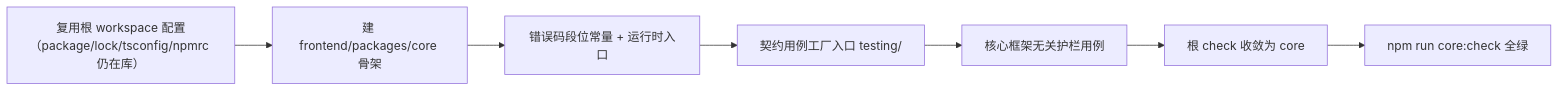
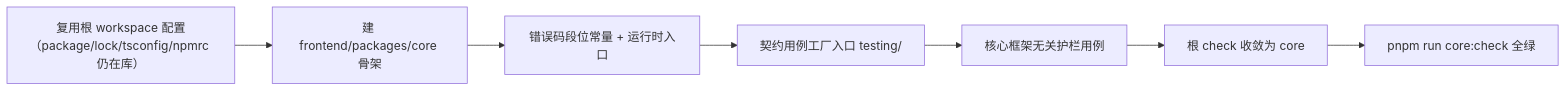
Before and after one commit to minjian123/basic-management-system: the diagram in bms文档/项目/04_前端组件库/任务/02_基础组件类/02_基础组件类_07_框架无关核心工程与契约保障/实施/07_实施_01_框架无关核心工程与契约保障.md, drawn with Mermaid. The commit also changed other lines of this file and 232 other files, not shown here.

Commit message:
chore(pnpm): 修复外置依赖 workspace 软链并统一 npm→pnpm 口径

````diff
--- a/bms文档/项目/04_前端组件库/任务/02_基础组件类/02_基础组件类_07_框架无关核心工程与契约保障/实施/07_实施_01_框架无关核心工程与契约保障.md
+++ b/bms文档/项目/04_前端组件库/任务/02_基础组件类/02_基础组件类_07_框架无关核心工程与契约保障/实施/07_实施_01_框架无关核心工程与契约保障.md
@@ -22,9 +22,9 @@
 ```mermaid
 flowchart LR
     A["复用根 workspace 配置<br/>（package/lock/tsconfig/npmrc 仍在库）"] --> B["建 frontend/packages/core 骨架"]
     B --> C["错误码段位常量 + 运行时入口"]
     C --> D["契约用例工厂入口 testing/"]
     D --> E["核心框架无关护栏用例"]
     E --> F["根 check 收敛为 core"]
-    F --> G["npm run core:check 全绿"]
+    F --> G["pnpm run core:check 全绿"]
 ```
````
